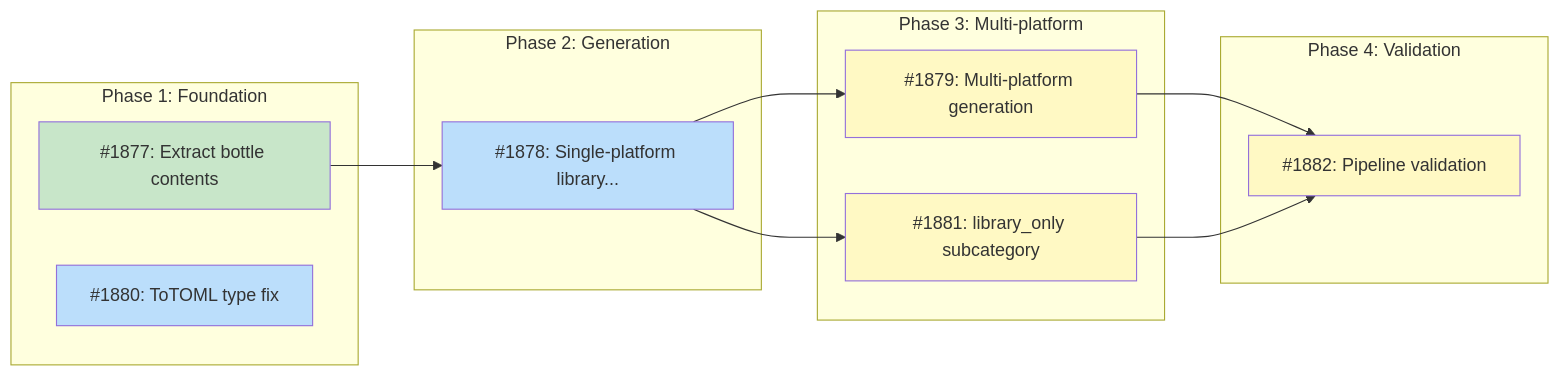
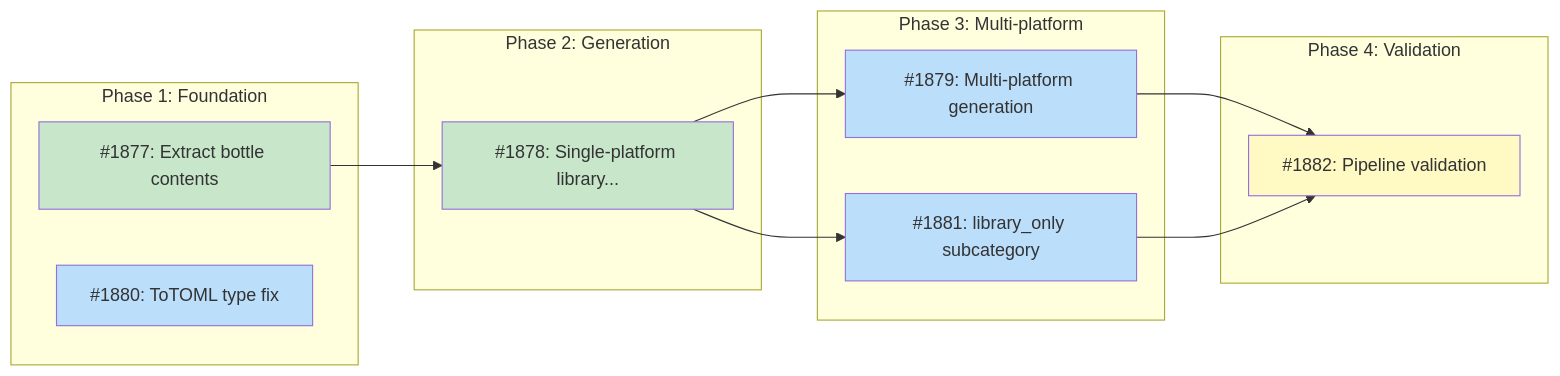
The diagram in docs/designs/DESIGN-library-recipe-generation.md (tsukumogami/tsuku), drawn with Mermaid before and after one commit. The commit also changed other lines of this file, not shown here.

Commit message:
docs(design): mark #1878 as done in implementation issues

````diff
--- a/docs/designs/DESIGN-library-recipe-generation.md
+++ b/docs/designs/DESIGN-library-recipe-generation.md
@@ -53,36 +53,36 @@
 ```mermaid
 graph LR
     subgraph Phase1["Phase 1: Foundation"]
         I1877["#1877: Extract bottle contents"]
         I1880["#1880: ToTOML type fix"]
     end
 
     subgraph Phase2["Phase 2: Generation"]
         I1878["#1878: Single-platform library..."]
     end
 
     subgraph Phase3["Phase 3: Multi-platform"]
         I1879["#1879: Multi-platform generation"]
         I1881["#1881: library_only subcategory"]
     end
 
     subgraph Phase4["Phase 4: Validation"]
         I1882["#1882: Pipeline validation"]
     end
 
     I1877 --> I1878
     I1878 --> I1879
     I1878 --> I1881
     I1879 --> I1882
     I1881 --> I1882
 
     classDef done fill:#c8e6c9
     classDef ready fill:#bbdefb
     classDef blocked fill:#fff9c4
     classDef needsDesign fill:#e1bee7
     classDef tracksDesign fill:#FFE0B2,stroke:#F57C00,color:#000
 
-    class I1877 done
-    class I1880,I1878 ready
-    class I1879,I1881,I1882 blocked
+    class I1877,I1878 done
+    class I1880,I1879,I1881 ready
+    class I1882 blocked
 ```
````
